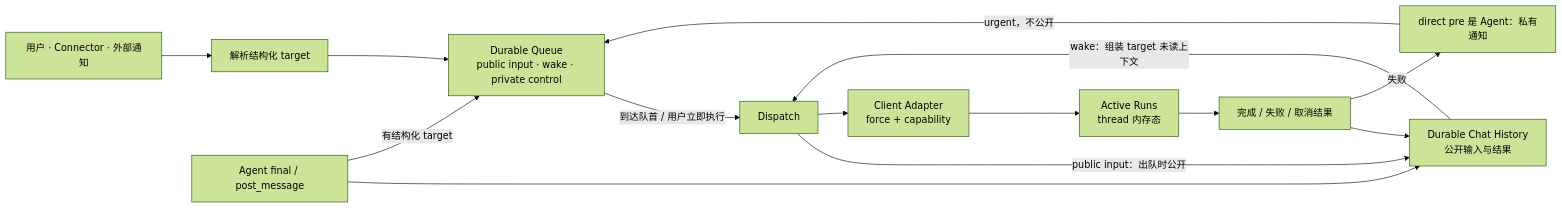
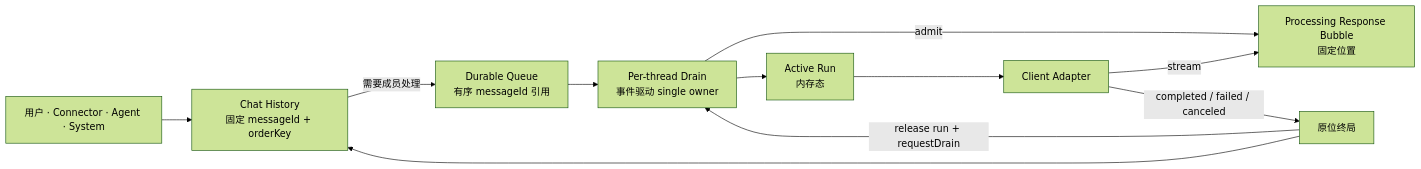
The diagram in docs/architecture/message-delivery-handling-handoff-audit.md (zts212653/clowder-ai), drawn with Mermaid (forest theme) before and after one commit. The commit also changed other lines of this file, not shown here.

First line of the commit message:
docs: make A2A queue drain event-driven

````diff
--- a/docs/architecture/message-delivery-handling-handoff-audit.md
+++ b/docs/architecture/message-delivery-handling-handoff-audit.md
@@ -86,16 +77,13 @@
 ```mermaid
 flowchart LR
-    U["用户 · Connector · 外部通知"] --> R["解析结构化 target"]
-    R --> Q["Durable Queue<br/>public input · wake · private control"]
-    AO["Agent final / post_message"] --> H["Durable Chat History<br/>公开输入与结果"]
-    AO -->|"有结构化 target"| Q
-    Q -->|"到达队首 / 用户立即执行"| D["Dispatch"]
-    D -->|"public input：出队时公开"| H
-    H -->|"wake：组装 target 未读上下文"| D
-    D --> C["Client Adapter<br/>force + capability"]
-    C --> A["Active Runs<br/>thread 内存态"]
-    A --> O["完成 / 失败 / 取消结果"]
-    O --> H
-    O -->|"失败"| P["direct pre 是 Agent：私有通知"]
-    P -->|"urgent，不公开"| Q
+    I["用户 · Connector · Agent · System"] --> H["Chat History<br/>固定 messageId + orderKey"]
+    H -->|"需要成员处理"| Q["Durable Queue<br/>有序 messageId 引用"]
+    Q --> D["Per-thread Drain<br/>事件驱动 single owner"]
+    D -->|"admit"| B["Processing Response Bubble<br/>固定位置"]
+    D --> A["Active Run<br/>内存态"]
+    A --> C["Client Adapter"]
+    C -->|"stream"| B
+    C -->|"completed / failed / canceled"| T["原位终局"]
+    T --> H
+    T -->|"release run + requestDrain"| D
 ```
````
